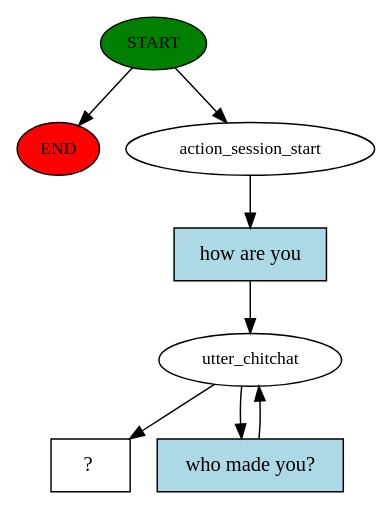
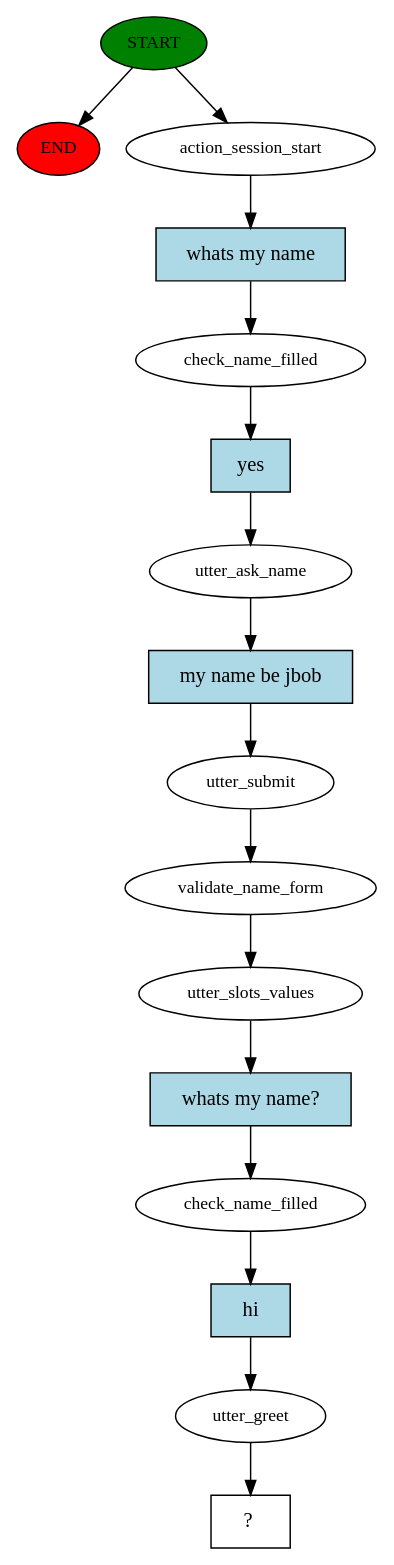
The diagram in story_graph.dot (bg5fxp-JF/rasa_project_OIbot), drawn with Graphviz before and after one commit. The commit also changed 5 other files, not shown here.

Commit message:
more examples and more stories to improve flow

```diff
--- a/story_graph.dot
+++ b/story_graph.dot
@@ -1,16 +1,33 @@
 digraph  {
 0 [class="start active", fillcolor=green, fontsize=12, label=START, style=filled];
 "-1" [class=end, fillcolor=red, fontsize=12, label=END, style=filled];
 1 [class=active, fontsize=12, label=action_session_start];
-2 [class=active, fontsize=12, label=utter_chitchat];
-5 [class="intent dashed active", label="  ?  ", shape=rect];
-6 [class="intent active", fillcolor=lightblue, label="how are you", shape=rect, style=filled];
-7 [class="intent active", fillcolor=lightblue, label="who made you?", shape=rect, style=filled];
+2 [class=active, fontsize=12, label=check_name_filled];
+3 [class=active, fontsize=12, label=utter_ask_name];
+4 [class=active, fontsize=12, label=utter_submit];
+5 [class=active, fontsize=12, label=validate_name_form];
+6 [class=active, fontsize=12, label=utter_slots_values];
+7 [class=active, fontsize=12, label=check_name_filled];
+8 [class=active, fontsize=12, label=utter_greet];
+9 [class="intent dashed active", label="  ?  ", shape=rect];
+10 [class="intent active", fillcolor=lightblue, label="whats my name", shape=rect, style=filled];
+11 [class="intent active", fillcolor=lightblue, label=yes, shape=rect, style=filled];
+12 [class="intent active", fillcolor=lightblue, label="my name be jbob", shape=rect, style=filled];
+13 [class="intent active", fillcolor=lightblue, label="whats my name?", shape=rect, style=filled];
+14 [class="intent active", fillcolor=lightblue, label=hi, shape=rect, style=filled];
 0 -> "-1"  [class="", key=NONE, label=""];
 0 -> 1  [class=active, key=NONE, label=""];
-1 -> 6  [class=active, key=0];
-2 -> 5  [class=active, key=NONE, label=""];
-2 -> 7  [class=active, key=0];
-6 -> 2  [class=active, key=0];
-7 -> 2  [class=active, key=0];
+1 -> 10  [class=active, key=0];
+2 -> 11  [class=active, key=0];
+3 -> 12  [class=active, key=0];
+4 -> 5  [class=active, key=NONE, label=""];
+5 -> 6  [class=active, key=NONE, label=""];
+6 -> 13  [class=active, key=0];
+7 -> 14  [class=active, key=0];
+8 -> 9  [class=active, key=NONE, label=""];
+10 -> 2  [class=active, key=0];
+11 -> 3  [class=active, key=0];
+12 -> 4  [class=active, key=0];
+13 -> 7  [class=active, key=0];
+14 -> 8  [class=active, key=0];
 }
```
